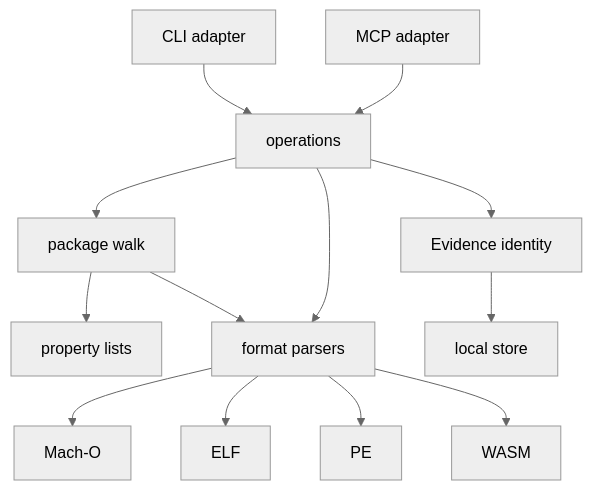
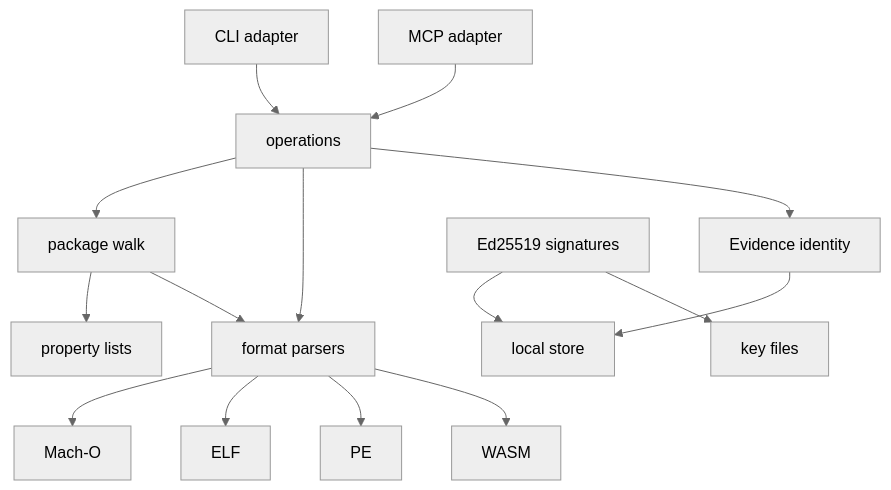
One commit to Mutersec/traceforge changed the diagram in docs/architecture.md. Above: the diagram before and after it, drawn with Mermaid (neutral theme). The commit also changed other lines of this file and 10 other files, not shown here.

````diff
--- a/docs/architecture.md
+++ b/docs/architecture.md
@@ -6,15 +6,17 @@
 ```mermaid
 flowchart TB
   CLI[CLI adapter] --> OPS[operations]
   MCP[MCP adapter] --> OPS
   OPS --> PKG[package walk]
   OPS --> PARSER[format parsers]
   OPS --> EVIDENCE[Evidence identity]
   EVIDENCE --> STORE[local store]
+  SIGN[Ed25519 signatures] --> STORE
+  SIGN --> KEYS[key files]
   PKG --> PLIST[property lists]
   PKG --> PARSER
   PARSER --> MACHO[Mach-O]
   PARSER --> ELF[ELF]
   PARSER --> PE[PE]
   PARSER --> WASM[WASM]
 ```
````
